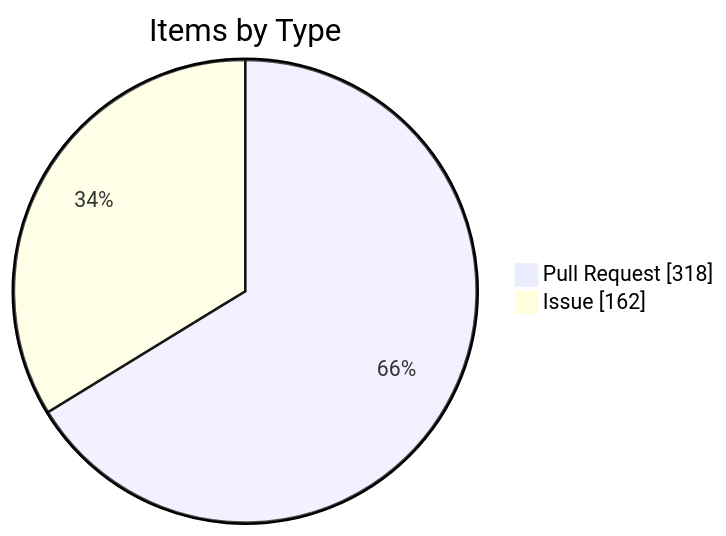
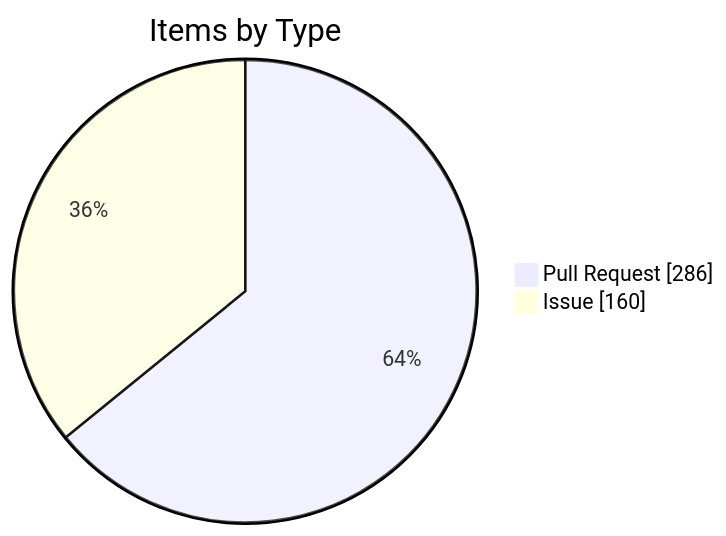
Before and after one commit to KBVE/kbve: the fourth of 4 diagrams in apps/kbve/astro-kbve/src/content/docs/dashboard/kanban-data.mdx, drawn with Mermaid. The commit also changed other lines of this file and 7 other files, not shown here.

````diff
--- a/apps/kbve/astro-kbve/src/content/docs/dashboard/kanban-data.mdx
+++ b/apps/kbve/astro-kbve/src/content/docs/dashboard/kanban-data.mdx
@@ -116,6 +116,6 @@
 ```mermaid
 pie showData
     title Items by Type
-    "Pull Request" : 318
-    "Issue" : 162
+    "Pull Request" : 286
+    "Issue" : 160
 ```
````
